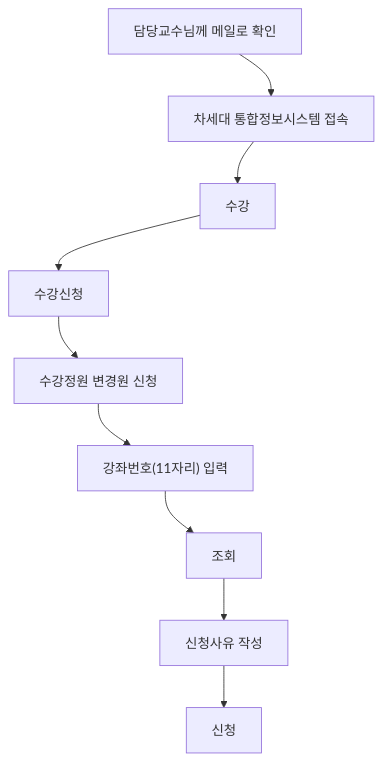
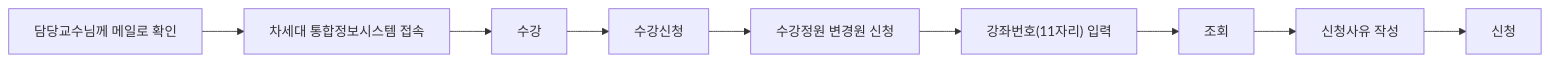
One commit to parkjaeseop/OSS_2026_teamproject changed the third of 3 diagrams in jaeseop/jaeseop.md. Above: the diagram before and after it, drawn with Mermaid.

Commit message:
Reverse change in graph flow
grammer error accured

````diff
--- a/jaeseop/jaeseop.md
+++ b/jaeseop/jaeseop.md
@@ -65,29 +65,6 @@
 ```mermaid
-graph TD
-    %% 1단 (가로 방향으로 보이기 위해 위치 강제 지정)
-    A["담당교수님께 메일로 확인"]
-    B["차세대 통합정보시스템 접속"]
-    C["수강"]
-    D["수강신청"]
-
-    %% 2단
-    E["수강정원 변경원 신청"]
-    F["강좌번호(11자리) 입력"]
-    G["조회"]
-    H["신청사유 작성"]
-    I["신청"]
-
-    %% 1단 흐름
-    A --> B --> C --> D
-
-    %% 줄바꿈 연결 (D에서 E로)
-    D --> E
-
-    %% 2단 흐름
-    E --> F --> G --> H --> I
-
-    %% 줄바꿈 형태(2단) 배치를 위한 정렬 축 지정
-    A ~~~ E
-    B ~~~ F
-    C ~~~ G
+graph LR
+    A["담당교수님께 메일로 확인"] --> B["차세대 통합정보시스템 접속"] --> C["수강"] --> D["수강신청"]
+    D --> E["수강정원 변경원 신청"] --> F["강좌번호(11자리) 입력"] --> G["조회"] --> H["신청사유 작성"]
+    H --> I["신청"]
 ```
````
